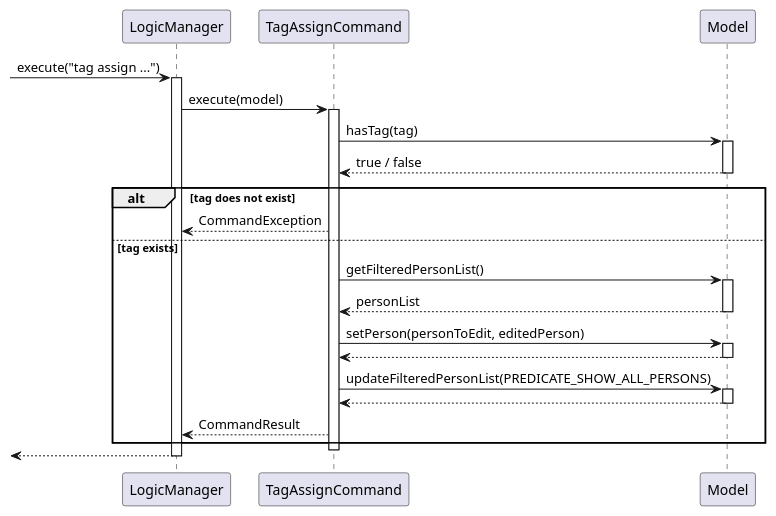
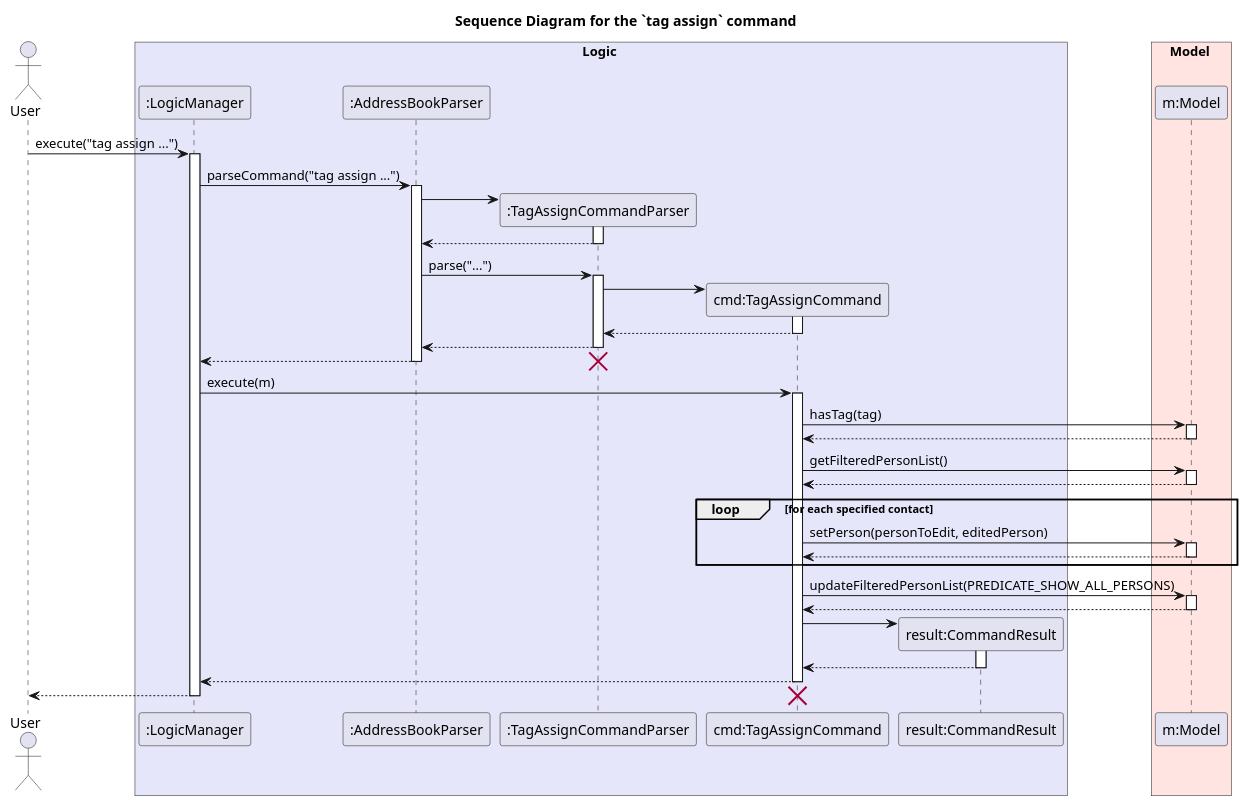
One commit to AY2526S2-CS2103-T11-1/tp changed the diagram in docs/diagrams/tag/TagAssignSequenceDiagram.puml. Above: the diagram before and after it, drawn with PlantUML. The commit also changed 4 other files, not shown here.

Commit message:
Update sequence diagrams for standardizing

```diff
--- a/docs/diagrams/tag/TagAssignSequenceDiagram.puml
+++ b/docs/diagrams/tag/TagAssignSequenceDiagram.puml
@@ -1,41 +1,86 @@
 @startuml
-participant "LogicManager" as LogicManager
-participant "TagAssignCommand" as TagAssignCommand
-participant "Model" as Model
+title Sequence Diagram for the `tag assign` command
 
--> LogicManager : execute("tag assign ...")
-activate LogicManager
+actor User
 
-LogicManager -> TagAssignCommand : execute(model)
-activate TagAssignCommand
+box Logic #E6E6FA
+participant ":LogicManager" as Logic
+participant ":AddressBookParser" as ABParser
+participant ":TagAssignCommandParser" as Parser
+participant "cmd:TagAssignCommand" as Command
+participant "result:CommandResult" as Result
+end box
 
-TagAssignCommand -> Model : hasTag(tag)
+box Model #FFE4E1
+participant "m:Model" as Model
+end box
+
+User -> Logic : execute("tag assign ...")
+activate Logic
+
+Logic -> ABParser : parseCommand("tag assign ...")
+activate ABParser
+
+create Parser
+ABParser -> Parser
+activate Parser
+
+ABParser <-- Parser
+deactivate Parser
+
+ABParser -> Parser : parse("...")
+activate Parser
+
+create Command
+Parser -> Command
+activate Command
+
+Parser <-- Command
+deactivate Command
+
+ABParser <-- Parser
+deactivate Parser
+
+Logic <-- ABParser
+destroy Parser
+deactivate ABParser
+
+Logic -> Command : execute(m)
+activate Command
+
+Command -> Model : hasTag(tag)
 activate Model
-Model --> TagAssignCommand : true / false
+Model --> Command
 deactivate Model
 
-alt tag does not exist
-    TagAssignCommand --> LogicManager : CommandException
-else tag exists
-    TagAssignCommand -> Model : getFilteredPersonList()
+Command -> Model : getFilteredPersonList()
+activate Model
+Model --> Command
+deactivate Model
+
+loop for each specified contact
+    Command -> Model : setPerson(personToEdit, editedPerson)
     activate Model
-    Model --> TagAssignCommand : personList
+    Model --> Command
     deactivate Model
-
-    TagAssignCommand -> Model : setPerson(personToEdit, editedPerson)
-    activate Model
-    Model --> TagAssignCommand
-    deactivate Model
-
-    TagAssignCommand -> Model : updateFilteredPersonList(PREDICATE_SHOW_ALL_PERSONS)
-    activate Model
-    Model --> TagAssignCommand
-    deactivate Model
-
-    TagAssignCommand --> LogicManager : CommandResult
 end
 
-deactivate TagAssignCommand
-<-- LogicManager
-deactivate LogicManager
+Command -> Model : updateFilteredPersonList(PREDICATE_SHOW_ALL_PERSONS)
+activate Model
+Model --> Command
+deactivate Model
+
+create Result
+Command -> Result
+activate Result
+Result --> Command
+deactivate Result
+
+Logic <-- Command
+deactivate Command
+
+User <-- Logic
+destroy Command
+deactivate Logic
+
 @enduml
```
